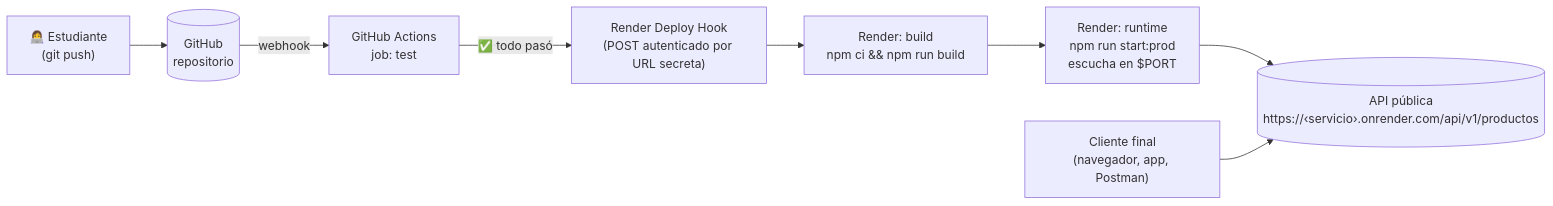
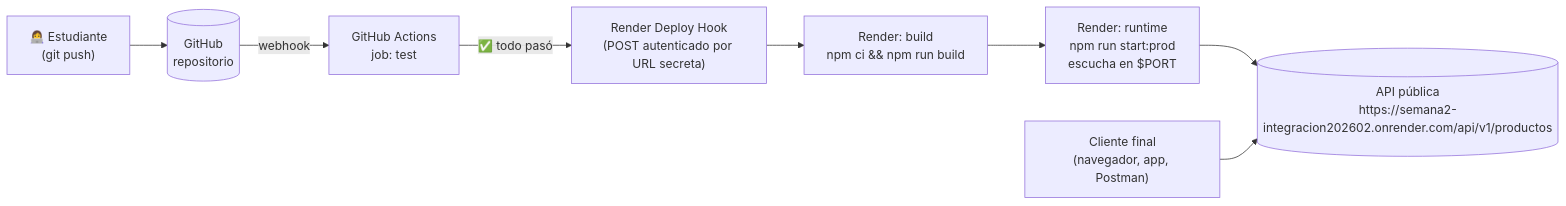
One commit to marcosbenjamin44/semana2_Integracion202602 changed the fifth of 5 diagrams in README.md. Above: the diagram before and after it, drawn with Mermaid. The commit also changed other lines of this file, not shown here.

````diff
--- a/README.md
+++ b/README.md
@@ -474,10 +477,10 @@
 ```mermaid
 flowchart LR
     Dev["👩‍💻 Estudiante<br/>(git push)"] --> GH[("GitHub<br/>repositorio")]
     GH -- webhook --> GA["GitHub Actions<br/>job: test"]
     GA -- "✅ todo pasó" --> Hook["Render Deploy Hook<br/>(POST autenticado por URL secreta)"]
     Hook --> Build["Render: build<br/>npm ci && npm run build"]
     Build --> Run["Render: runtime<br/>npm run start:prod<br/>escucha en $PORT"]
-    Run --> API[("API pública<br/>https://‹servicio›.onrender.com/api/v1/productos")]
+    Run --> API[("API pública<br/>https://semana2-integracion202602.onrender.com/api/v1/productos")]
     Cliente["Cliente final<br/>(navegador, app, Postman)"] --> API
 ```
````
